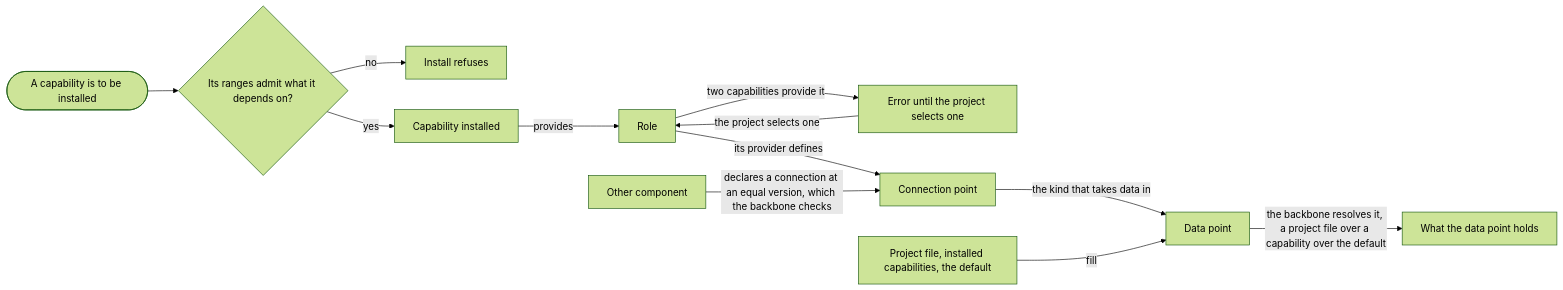
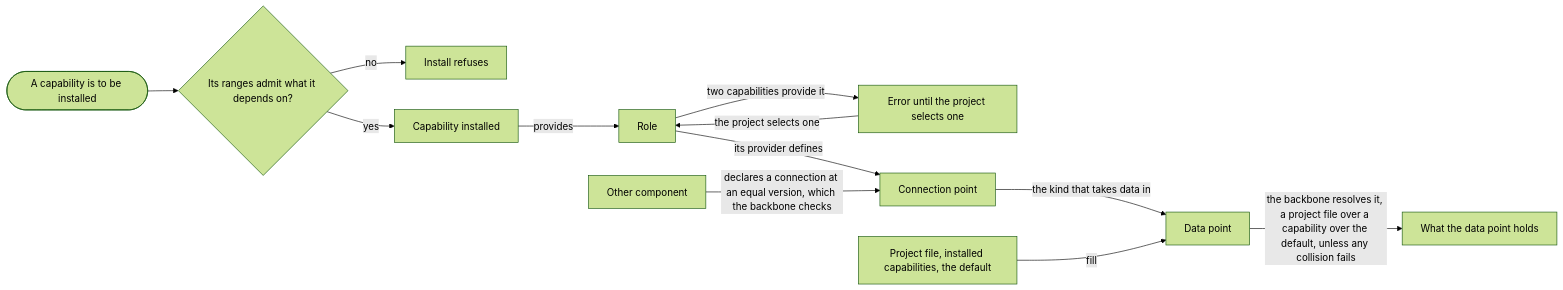
One commit to aleskalfas/project-kit changed the second of 2 diagrams in tech-docs/analysis/core/domain-model/030-capabilities-areas-and-connection-points.md. Above: the diagram before and after it, drawn with Mermaid (forest theme). The commit also changed other lines of this file and 2 other files, not shown here.

First line of the commit message:
docs(analysis): the core's views 010 to 030 mend what their reading found

````diff
--- a/tech-docs/analysis/core/domain-model/030-capabilities-areas-and-connection-points.md
+++ b/tech-docs/analysis/core/domain-model/030-capabilities-areas-and-connection-points.md
@@ -104,16 +109,16 @@
 ```mermaid
 flowchart LR
   accTitle: How a capability comes to connect
-  accDescr: A capability installs only where what it depends on falls within its ranges, and install refuses otherwise. Installed, it provides roles. Where two capabilities provide one role, that is an error until the project selects one. The capability providing a role defines its connection points, and other components declare connections to each at a version equal to its own, which the backbone resolves and checks. A data point, the kind that takes data in, is filled by a project file, installed capabilities and the providing capability's default. The backbone resolves what it holds. Where fillers overlap, a project file wins over a capability, and a capability over the default.
+  accDescr: A capability installs only where what it depends on falls within its ranges, and install refuses otherwise. Installed, it provides roles. Where two capabilities provide one role, that is an error until the project selects one. The capability providing a role defines its connection points, and other components declare connections to each at a version equal to its own, which the backbone resolves and checks. A data point, the kind that takes data in, is filled by a project file, installed capabilities and the providing capability's default. The backbone resolves what it holds. Where one filler alone fills it, or entries merge by id, a project file beats a capability, which beats the default.
   I([A capability is to be installed]) --> K{Its ranges admit what it depends on?}
   K -->|no| N[Install refuses]
   K -->|yes| C[Capability installed]
   C -->|provides| R[Role]
   R -->|two capabilities provide it| E[Error until the project selects one]
   E -->|the project selects one| R
   R -->|its provider defines| P[Connection point]
   O[Other component] -->|declares a connection at an equal version, which the backbone checks| P
   P -->|the kind that takes data in| D[Data point]
   F["Project file, installed capabilities, the default"] -->|fill| D
-  D -->|the backbone resolves it, a project file over a capability over the default| H[What the data point holds]
+  D -->|the backbone resolves it, a project file over a capability over the default, unless any collision fails| H[What the data point holds]
 ```
````
